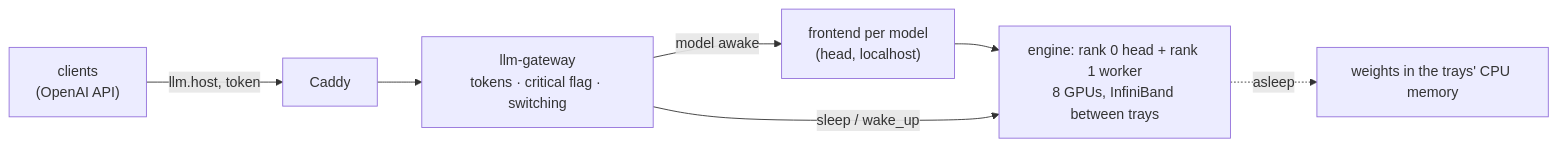
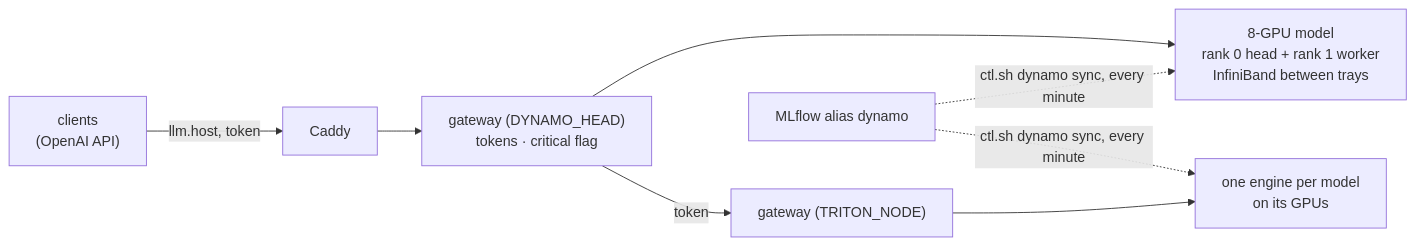
One commit to cnboonhan/data-flywheel changed the diagram in services/dynamo/README.md. Above: the diagram before and after it, drawn with Mermaid. The commit also changed other lines of this file and 11 other files, not shown here.

First line of the commit message:
Language models on Dynamo, served by MLflow alias; Triton keeps image models

````diff
--- a/services/dynamo/README.md
+++ b/services/dynamo/README.md
@@ -5,7 +5,7 @@
 ```mermaid
 flowchart LR
-  C["clients<br/>(OpenAI API)"] -->|llm.host, token| Caddy --> G["llm-gateway<br/>tokens · critical flag · switching"]
-  G -->|model awake| F["frontend per model<br/>(head, localhost)"] --> E["engine: rank 0 head + rank 1 worker<br/>8 GPUs, InfiniBand between trays"]
-  G -->|sleep / wake_up| E
-  E -.->|asleep| R["weights in the trays' CPU memory"]
+  C["clients<br/>(OpenAI API)"] -->|llm.host, token| Caddy --> G["gateway (DYNAMO_HEAD)<br/>tokens · critical flag"]
+  G --> T["8-GPU model<br/>rank 0 head + rank 1 worker<br/>InfiniBand between trays"]
+  G -->|token| G2["gateway (TRITON_NODE)"] --> S["one engine per model<br/>on its GPUs"]
+  M["MLflow alias dynamo"] -.->|ctl.sh dynamo sync, every minute| T & S
 ```
````
